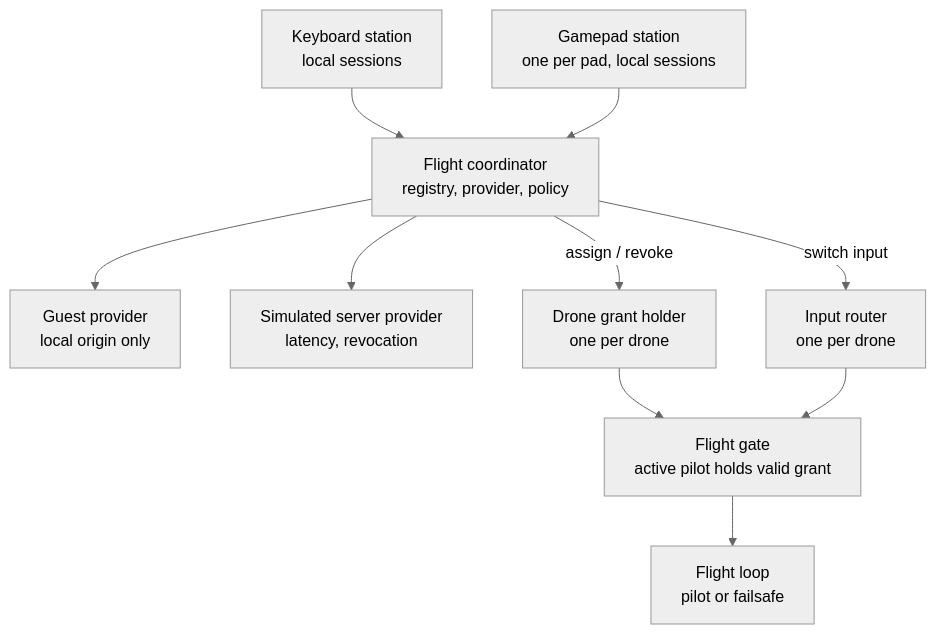
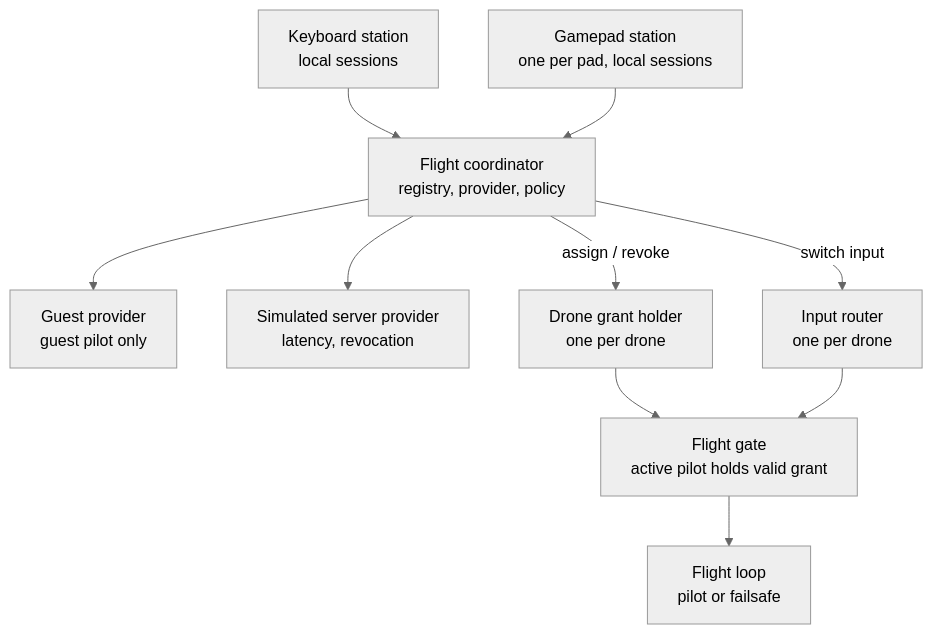
The fourth of 4 diagrams in Docs/Architecture.md (AlanKolic/DroneFlightModule), drawn with Mermaid (neutral theme) before and after one commit. The commit also changed other lines of this file and 98 other files, not shown here.

````diff
--- a/Docs/Architecture.md
+++ b/Docs/Architecture.md
@@ -205,12 +205,12 @@
 ```mermaid
 flowchart TB
     Kb["Keyboard station<br/>local sessions"] --> Coord["Flight coordinator<br/>registry, provider, policy"]
     Pad["Gamepad station<br/>one per pad, local sessions"] --> Coord
-    Coord --> Guest["Guest provider<br/>local origin only"]
+    Coord --> Guest["Guest provider<br/>guest pilot only"]
     Coord --> SimServer["Simulated server provider<br/>latency, revocation"]
     Coord -- assign / revoke --> Holder["Drone grant holder<br/>one per drone"]
     Coord -- switch input --> Router["Input router<br/>one per drone"]
     Holder --> Gate["Flight gate<br/>active pilot holds valid grant"]
     Router --> Gate
     Gate --> Loop["Flight loop<br/>pilot or failsafe"]
 ```
````
